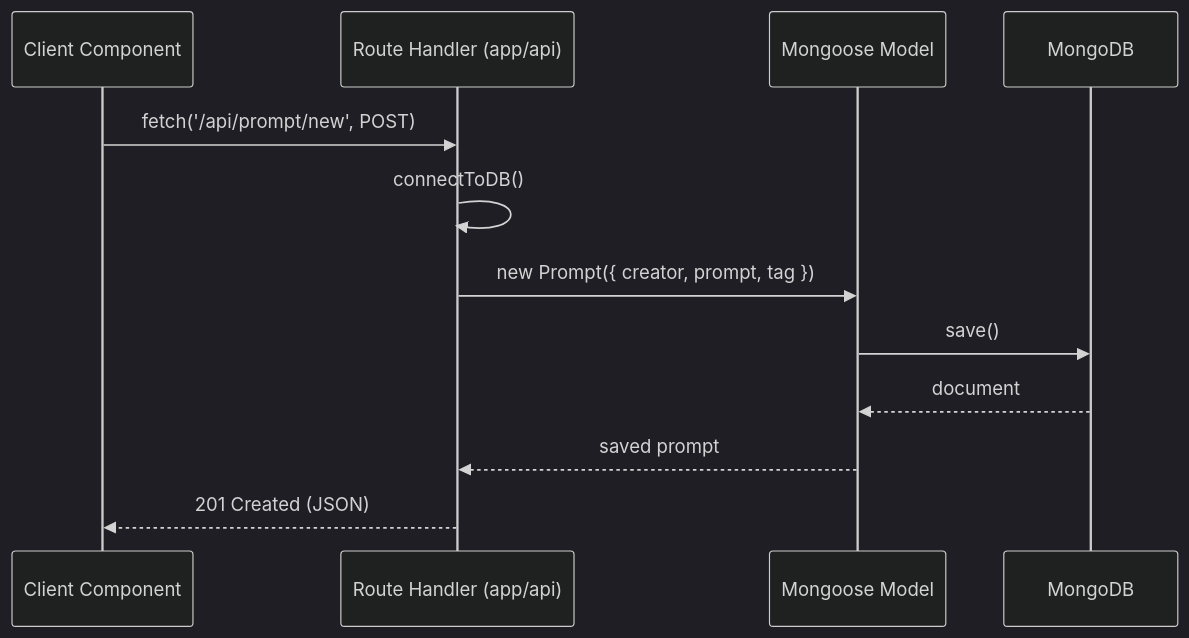
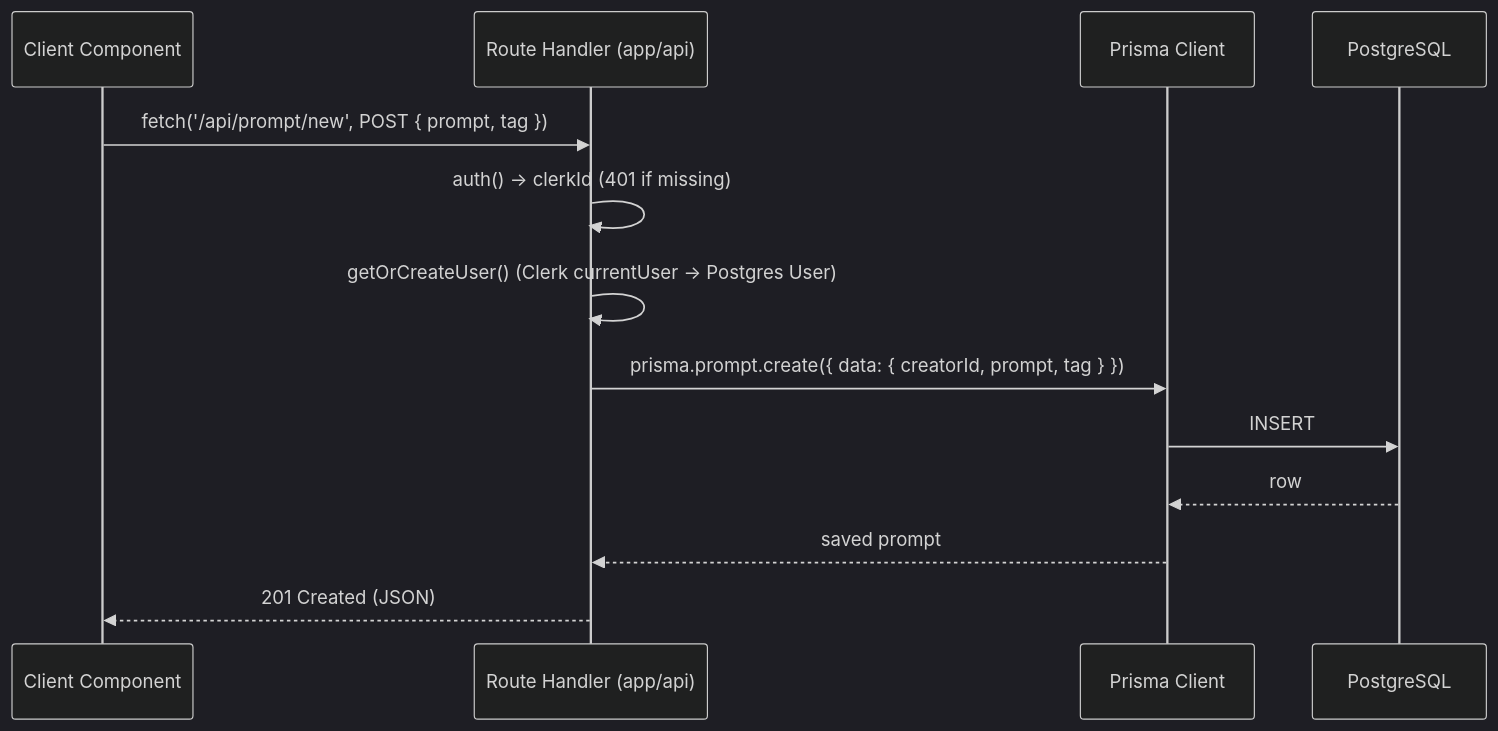
Before and after one commit to ammansoomro/prompt-o-phobia: the second of 3 diagrams in README.md, drawn with Mermaid (dark theme). The commit also changed other lines of this file and 43 other files, not shown here.

````diff
--- a/README.md
+++ b/README.md
@@ -106,15 +109,16 @@
 ```mermaid
 sequenceDiagram
     participant C as Client Component
     participant R as Route Handler (app/api)
-    participant M as Mongoose Model
-    participant DB as MongoDB
+    participant P as Prisma Client
+    participant DB as PostgreSQL
 
-    C->>R: fetch('/api/prompt/new', POST)
-    R->>R: connectToDB()
-    R->>M: new Prompt({ creator, prompt, tag })
-    M->>DB: save()
-    DB-->>M: document
-    M-->>R: saved prompt
+    C->>R: fetch('/api/prompt/new', POST { prompt, tag })
+    R->>R: auth() → clerkId (401 if missing)
+    R->>R: getOrCreateUser() (Clerk currentUser → Postgres User)
+    R->>P: prisma.prompt.create({ data: { creatorId, prompt, tag } })
+    P->>DB: INSERT
+    DB-->>P: row
+    P-->>R: saved prompt
     R-->>C: 201 Created (JSON)
 ```
````
